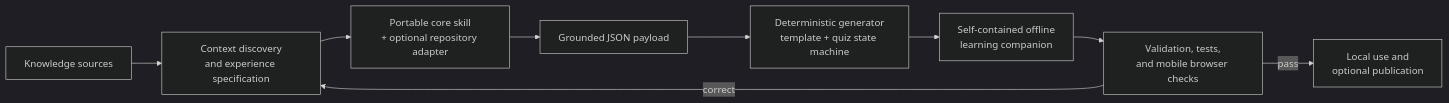
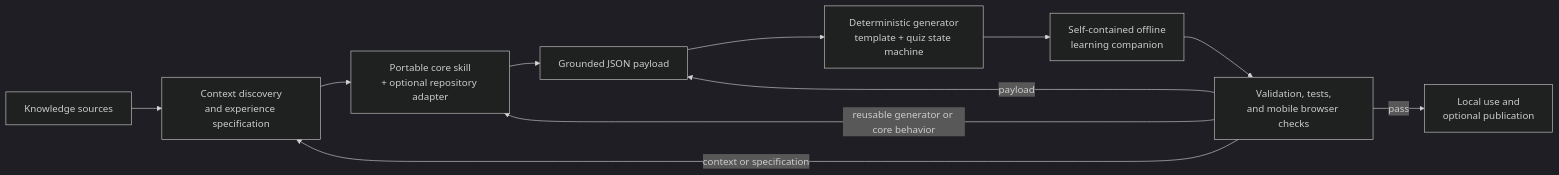
Before and after one commit to DerAndr/machine_learning_course_basics: the diagram in docs/learning-companions-architecture.md, drawn with Mermaid (dark theme). The commit also changed other lines of this file and 2 other files, not shown here.

Commit message:
docs: strengthen learning companion architecture contract

````diff
--- a/docs/learning-companions-architecture.md
+++ b/docs/learning-companions-architecture.md
@@ -54,11 +54,13 @@
 ```mermaid
 flowchart LR
     K["Knowledge sources"] --> C["Context discovery<br/>and experience specification"]
     C --> S["Portable core skill<br/>+ optional repository adapter"]
     S --> P["Grounded JSON payload"]
     P --> G["Deterministic generator<br/>template + quiz state machine"]
     G --> A["Self-contained offline<br/>learning companion"]
     A --> V["Validation, tests,<br/>and mobile browser checks"]
     V -->|pass| D["Local use and<br/>optional publication"]
-    V -->|correct| C
+    V -->|context or specification| C
+    V -->|payload| P
+    V -->|reusable generator or core behavior| S
 ```
````
